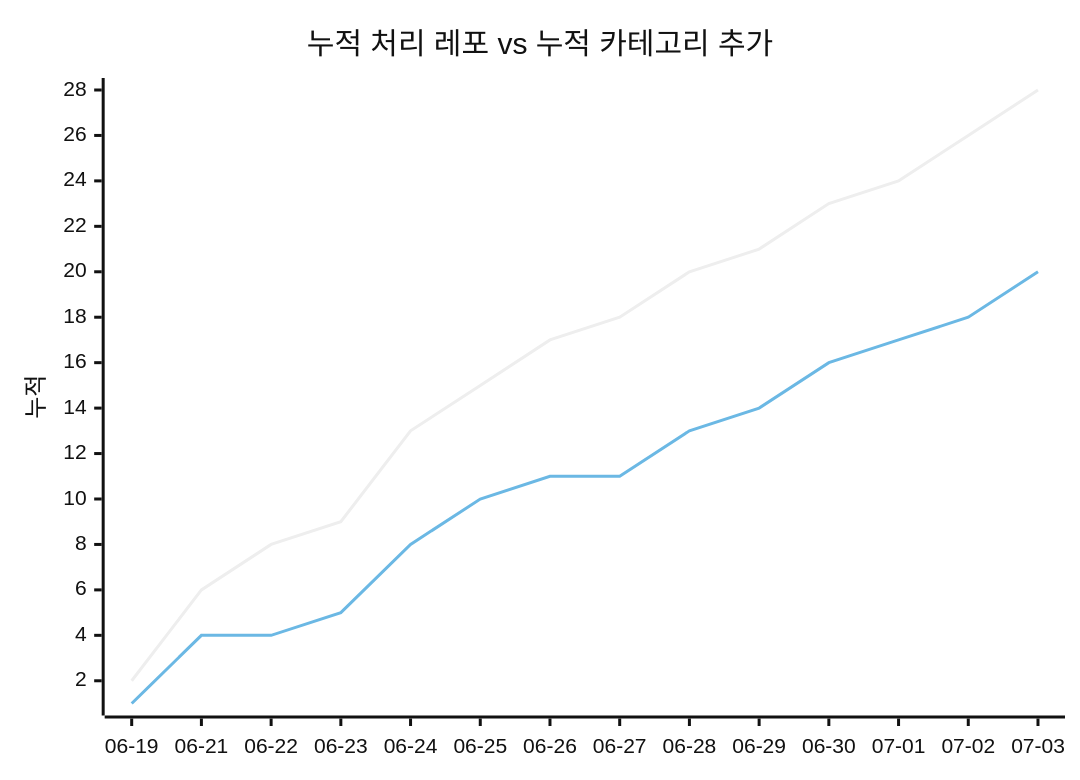
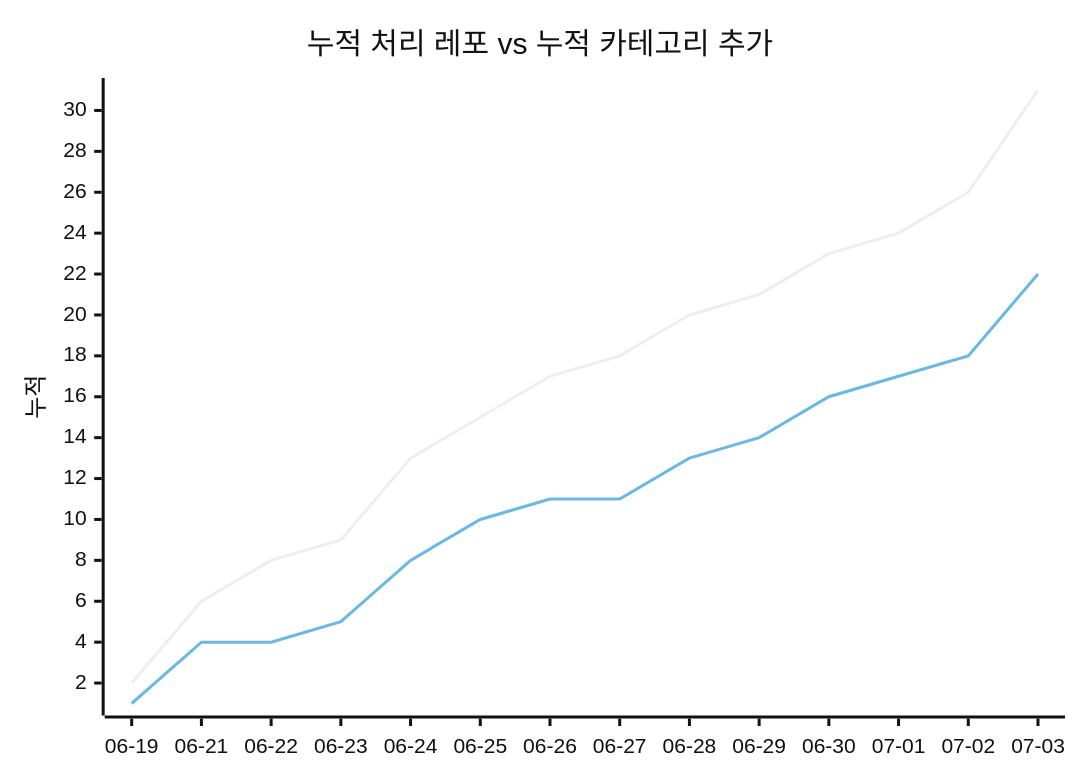
The second of 2 diagrams in docs/trends.md (J-nowcow/awesome-korean-agent-skills), drawn with Mermaid (neutral theme) before and after one commit. The commit also changed other lines of this file and 5 other files, not shown here.

````diff
--- a/docs/trends.md
+++ b/docs/trends.md
@@ -68,8 +68,8 @@
 ```mermaid
 xychart-beta
     title "누적 처리 레포 vs 누적 카테고리 추가"
     x-axis ["06-19","06-21","06-22","06-23","06-24","06-25","06-26","06-27","06-28","06-29","06-30","07-01","07-02","07-03"]
     y-axis "누적"
-    line [2,6,8,9,13,15,17,18,20,21,23,24,26,28]
-    line [1,4,4,5,8,10,11,11,13,14,16,17,18,20]
+    line [2,6,8,9,13,15,17,18,20,21,23,24,26,31]
+    line [1,4,4,5,8,10,11,11,13,14,16,17,18,22]
 ```
````
